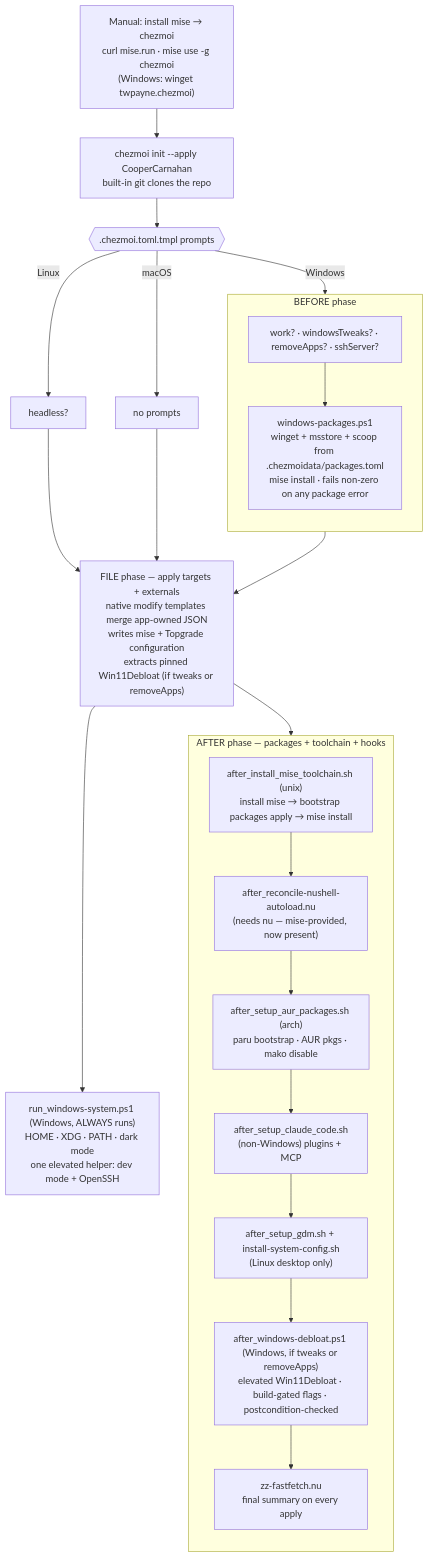
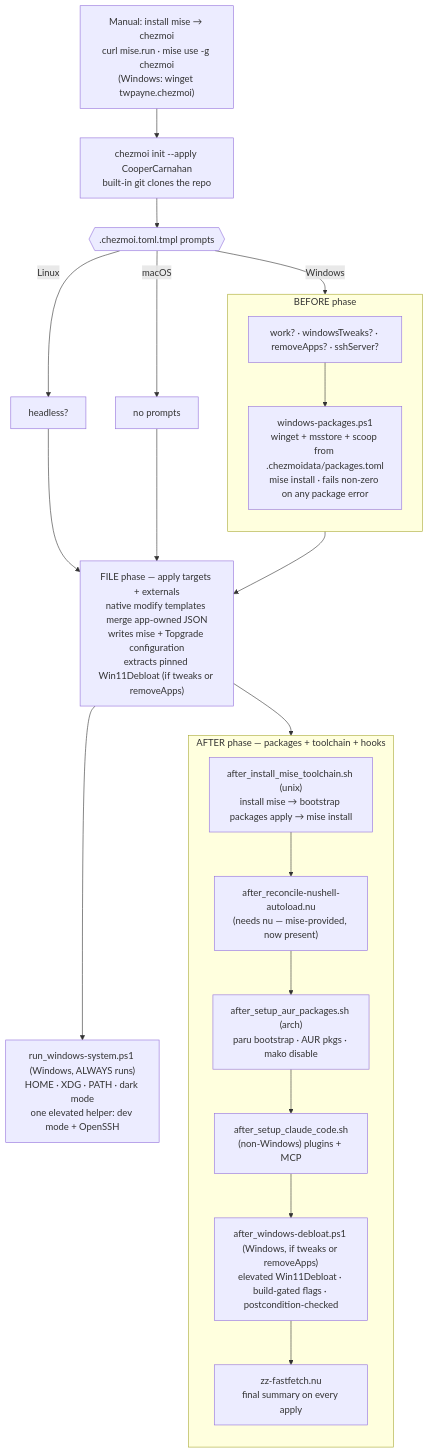
One commit to CooperCarnahan/dotfiles changed the diagram in README.md. Above: the diagram before and after it, drawn with Mermaid. The commit also changed 3 other files, not shown here.

````diff
--- a/README.md
+++ b/README.md
@@ -139,38 +139,36 @@
 ```mermaid
 flowchart TD
     A["Manual: install mise → chezmoi<br/>curl mise.run · mise use -g chezmoi<br/>(Windows: winget twpayne.chezmoi)"]
     A --> B["chezmoi init --apply CooperCarnahan<br/>built-in git clones the repo"]
     B --> C{{".chezmoi.toml.tmpl prompts"}}
     C -->|Windows| Pw["work? · windowsTweaks? · removeApps? · sshServer?"]
     C -->|Linux| Pl["headless?"]
     C -->|macOS| Pm["no prompts"]
 
     subgraph BEFORE["BEFORE phase"]
       direction TB
       Pw --> Bw["windows-packages.ps1<br/>winget + msstore + scoop from .chezmoidata/packages.toml<br/>mise install · fails non-zero on any package error"]
     end
 
     Bw --> Main
     Pl --> Main
     Pm --> Main
     Main["FILE phase — apply targets + externals<br/>native modify templates merge app-owned JSON<br/>writes mise + Topgrade configuration<br/>extracts pinned Win11Debloat (if tweaks or removeApps)"]
     Main --> Sys["run_windows-system.ps1 (Windows, ALWAYS runs)<br/>HOME · XDG · PATH · dark mode<br/>one elevated helper: dev mode + OpenSSH"]
 
     subgraph AFTER["AFTER phase — packages + toolchain + hooks"]
       direction TB
       Tl["after_install_mise_toolchain.sh (unix)<br/>install mise → bootstrap packages apply → mise install"]
       Nu["after_reconcile-nushell-autoload.nu<br/>(needs nu — mise-provided, now present)"]
       Aur["after_setup_aur_packages.sh (arch)<br/>paru bootstrap · AUR pkgs · mako disable"]
       Cc["after_setup_claude_code.sh<br/>(non-Windows) plugins + MCP"]
-      Gd["after_setup_gdm.sh + install-system-config.sh<br/>(Linux desktop only)"]
       Wd["after_windows-debloat.ps1 (Windows, if tweaks or removeApps)<br/>elevated Win11Debloat · build-gated flags · postcondition-checked"]
       Ff["zz-fastfetch.nu<br/>final summary on every apply"]
     end
     Main --> Tl
     Tl --> Nu
     Nu --> Aur
     Aur --> Cc
-    Cc --> Gd
-    Gd --> Wd
+    Cc --> Wd
     Wd --> Ff
 ```
````
